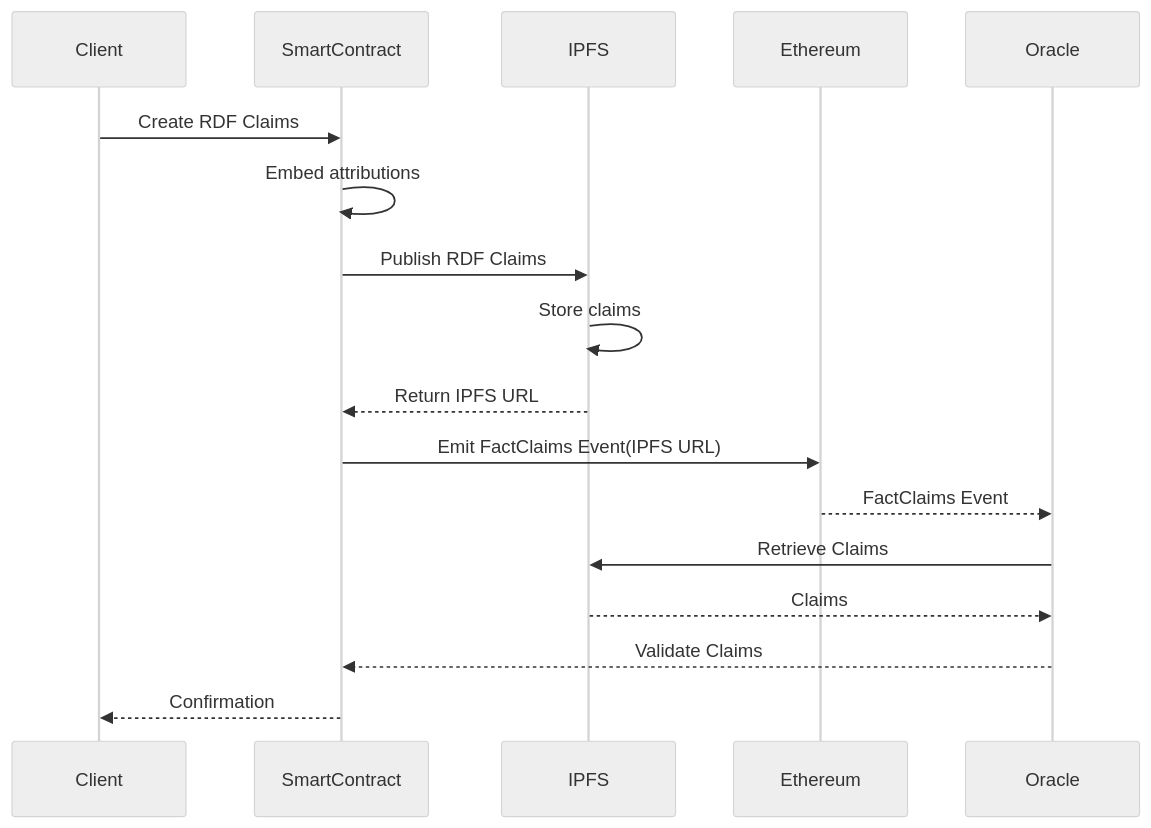
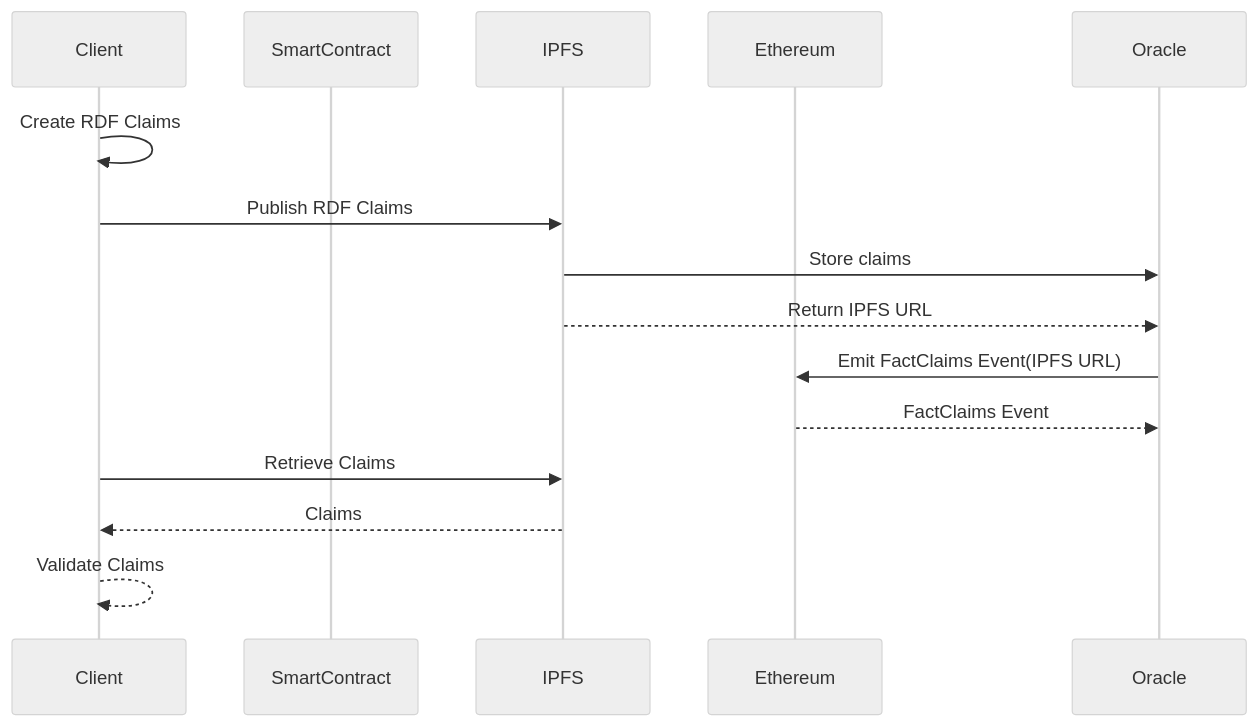
The third of 3 diagrams in www/content/rfc/draft.md (fact-claims/fact.claims), drawn with Mermaid (neutral theme) before and after one commit.

````diff
--- a/www/content/rfc/draft.md
+++ b/www/content/rfc/draft.md
@@ -122,20 +122,18 @@
 ```mermaid
 sequenceDiagram
     participant Client
     participant SmartContract
     participant IPFS
     participant Ethereum
     participant Oracle
 
-    Client->>SmartContract: Create RDF Claims
-    SmartContract->>SmartContract: Embed attributions
-    SmartContract->>IPFS: Publish RDF Claims
-    IPFS->>IPFS: Store claims
-    IPFS-->>SmartContract: Return IPFS URL
-    SmartContract->>Ethereum: Emit FactClaims Event(IPFS URL)
+    Client->>Client: Create RDF Claims
+    Client->>IPFS: Publish RDF Claims
+    IPFS->>Oracle: Store claims
+    IPFS-->>Oracle: Return IPFS URL
+    Oracle->>Ethereum: Emit FactClaims Event(IPFS URL)
     Ethereum-->>Oracle: FactClaims Event
-    Oracle->>IPFS: Retrieve Claims
-    IPFS-->>Oracle: Claims
-    Oracle-->>SmartContract: Validate Claims
-    SmartContract-->>Client: Confirmation
+    Client->>IPFS: Retrieve Claims
+    IPFS-->>Client: Claims
+    Client-->>Client: Validate Claims
 ```
````
